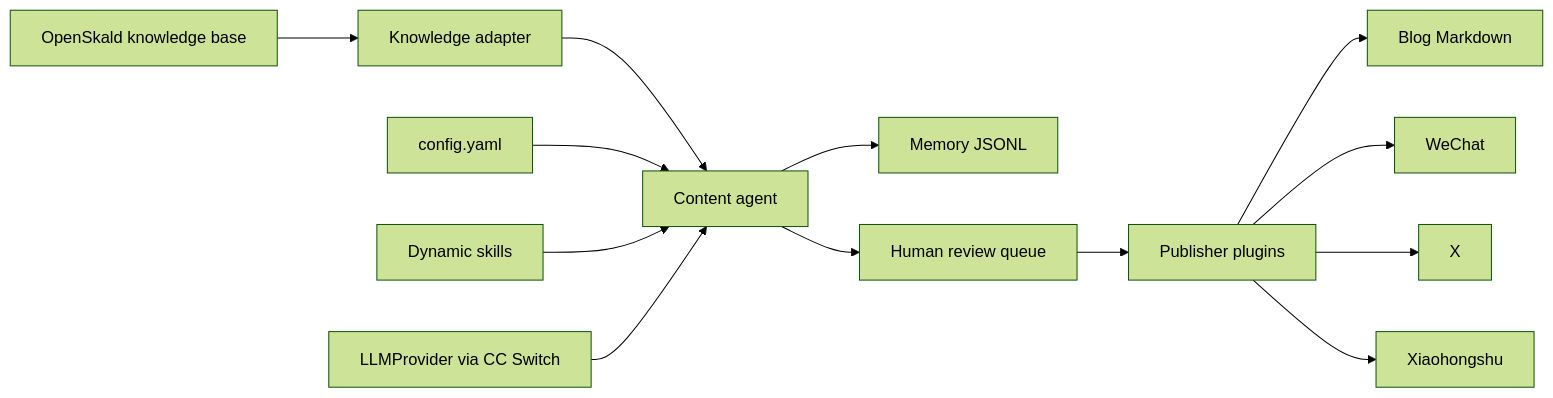
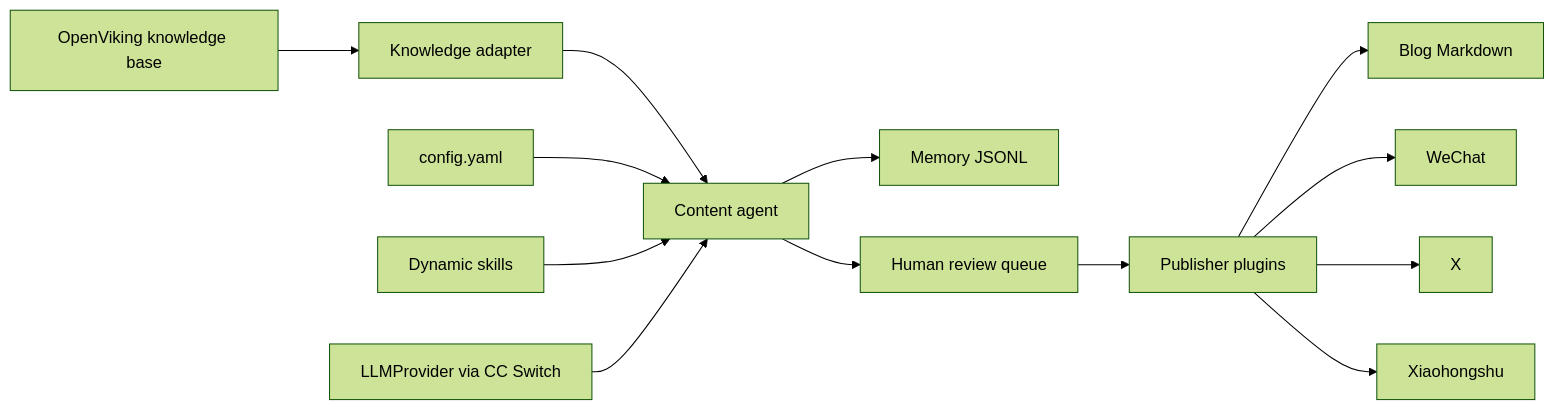
Before and after one commit to skyloevil/OpenSkald: the diagram in README.md, drawn with Mermaid (forest theme). The commit also changed other lines of this file and 34 other files, not shown here.

First line of the commit message:
Revert "Rename project to OpenSkald"

````diff
--- a/README.md
+++ b/README.md
@@ -9,15 +9,15 @@
 ```mermaid
 flowchart LR
-  KB["OpenSkald knowledge base"] --> K["Knowledge adapter"]
+  KB["OpenViking knowledge base"] --> K["Knowledge adapter"]
   K --> A["Content agent"]
   C["config.yaml"] --> A
   S["Dynamic skills"] --> A
   L["LLMProvider via CC Switch"] --> A
   A --> M["Memory JSONL"]
   A --> R["Human review queue"]
   R --> P["Publisher plugins"]
   P --> B["Blog Markdown"]
   P --> W["WeChat"]
   P --> X["X"]
   P --> XHS["Xiaohongshu"]
 ```
````
